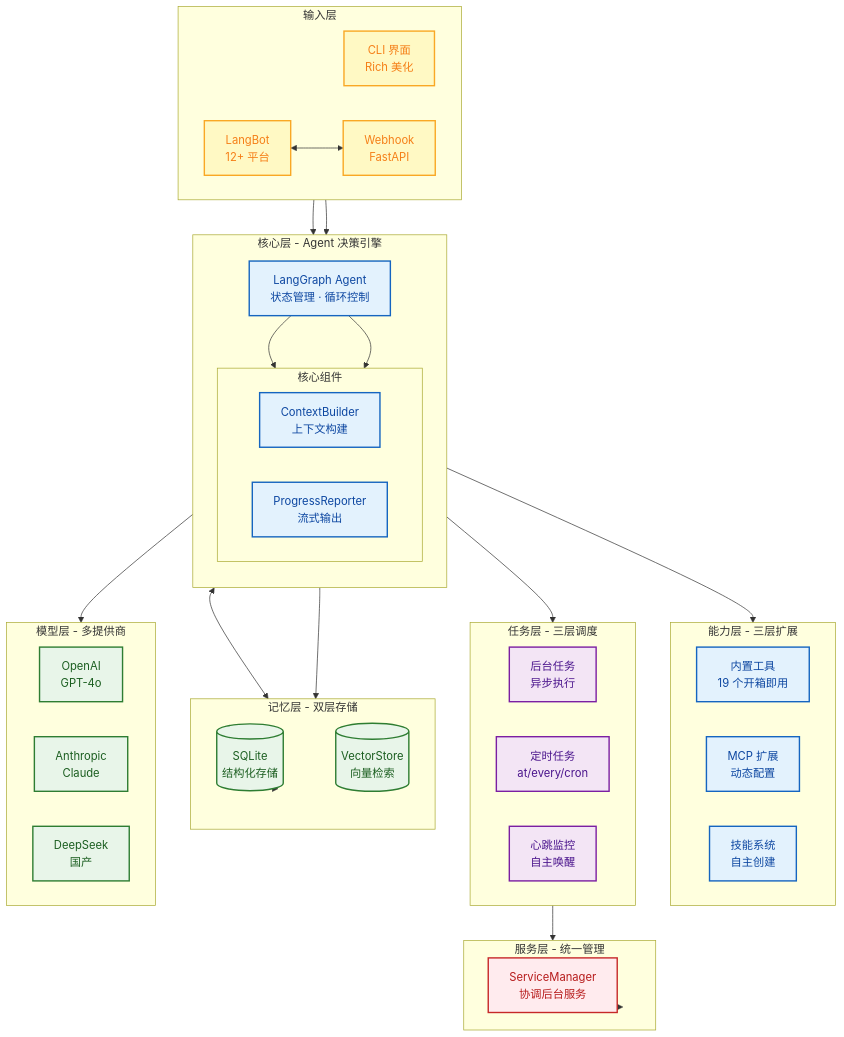
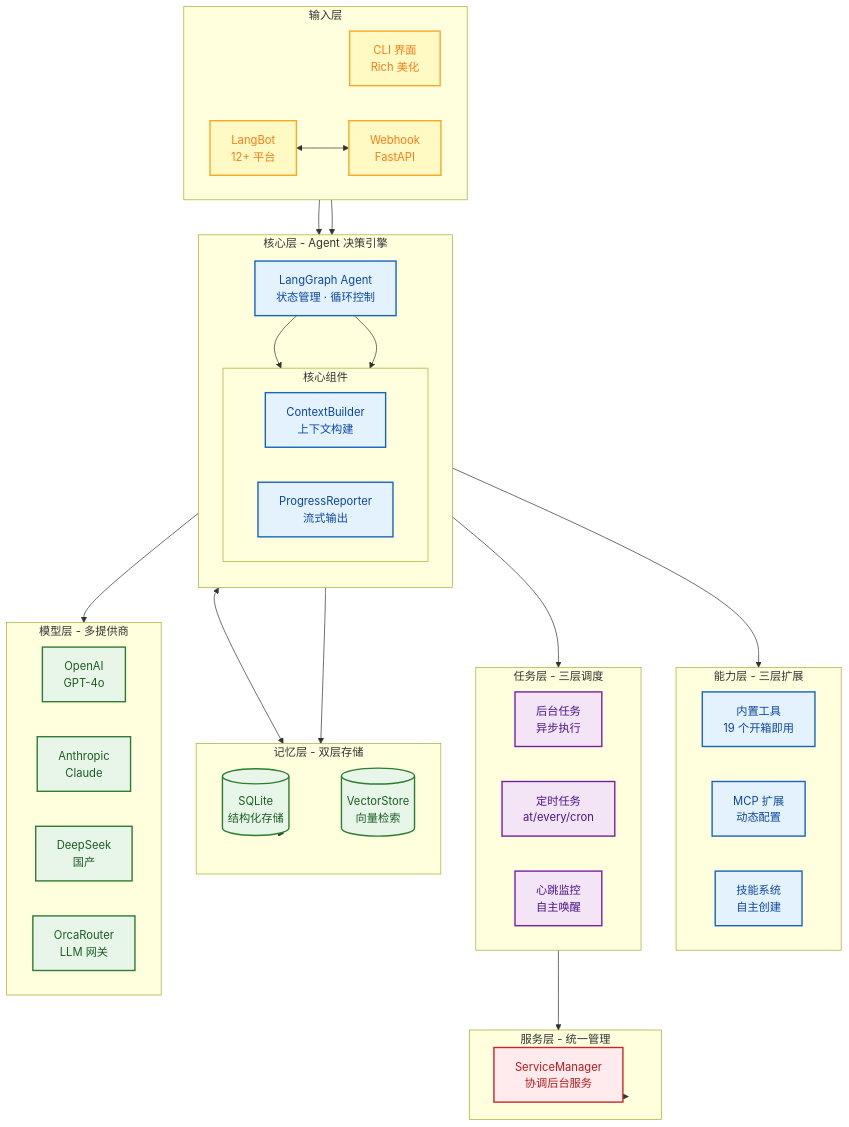
Before and after one commit to xt765/FinchBot: the second of 16 diagrams in README_CN.md, drawn with Mermaid. The commit also changed 10 other files, not shown here.

First line of the commit message:
feat: add OrcaRouter as a named LLM provider

````diff
--- a/README_CN.md
+++ b/README_CN.md
@@ -109,74 +109,75 @@
 ```mermaid
 flowchart TB
     classDef input fill:#fff9c4,stroke:#f9a825,stroke-width:2px,color:#f57f17;
     classDef core fill:#e3f2fd,stroke:#1565c0,stroke-width:2px,color:#0d47a1;
     classDef task fill:#f3e5f5,stroke:#7b1fa2,stroke-width:2px,color:#4a148c;
     classDef infra fill:#e8f5e9,stroke:#2e7d32,stroke-width:2px,color:#1b5e20;
     classDef service fill:#ffebee,stroke:#c62828,stroke-width:2px,color:#b71c1c;
 
     subgraph Input [输入层]
         direction LR
         CLI[CLI 界面<br/>Rich 美化]:::input
         LB[LangBot<br/>12+ 平台]:::input
         Webhook[Webhook<br/>FastAPI]:::input
     end
 
     subgraph Core [核心层 - Agent 决策引擎]
         direction TB
         Agent[LangGraph Agent<br/>状态管理 · 循环控制]:::core
         subgraph CoreModules [核心组件]
             direction LR
             Context[ContextBuilder<br/>上下文构建]:::core
             Streaming[ProgressReporter<br/>流式输出]:::core
         end
     end
 
     subgraph Capabilities [能力层 - 三层扩展]
         direction LR
         BuiltIn[内置工具<br/>19 个开箱即用]:::core
         MCP[MCP 扩展<br/>动态配置]:::core
         Skills[技能系统<br/>自主创建]:::core
     end
 
     subgraph Task [任务层 - 三层调度]
         direction LR
         BG[后台任务<br/>异步执行]:::task
         Cron[定时任务<br/>at/every/cron]:::task
         Heart[心跳监控<br/>自主唤醒]:::task
     end
 
     subgraph Service [服务层 - 统一管理]
         SM[ServiceManager<br/>协调后台服务]:::service
     end
 
     subgraph Memory [记忆层 - 双层存储]
         direction LR
         SQLite[(SQLite<br/>结构化存储)]:::infra
         Vector[(VectorStore<br/>向量检索)]:::infra
     end
 
     subgraph LLM [模型层 - 多提供商]
         direction LR
         OpenAI[OpenAI<br/>GPT-4o]:::infra
         Anthropic[Anthropic<br/>Claude]:::infra
         DeepSeek[DeepSeek<br/>国产]:::infra
+        OrcaRouter[OrcaRouter<br/>LLM 网关]:::infra
     end
 
     CLI --> Agent
     LB <--> Webhook
     Webhook --> Agent
 
     Agent --> Context
     Agent --> Streaming
     Agent --> Capabilities
     Agent --> Task
     Agent <--> Memory
     Agent --> LLM
 
     Task --> Service
     Service --> SM
 
     Context --> Memory
     Memory --> SQLite
     Memory --> Vector
 ```
````
